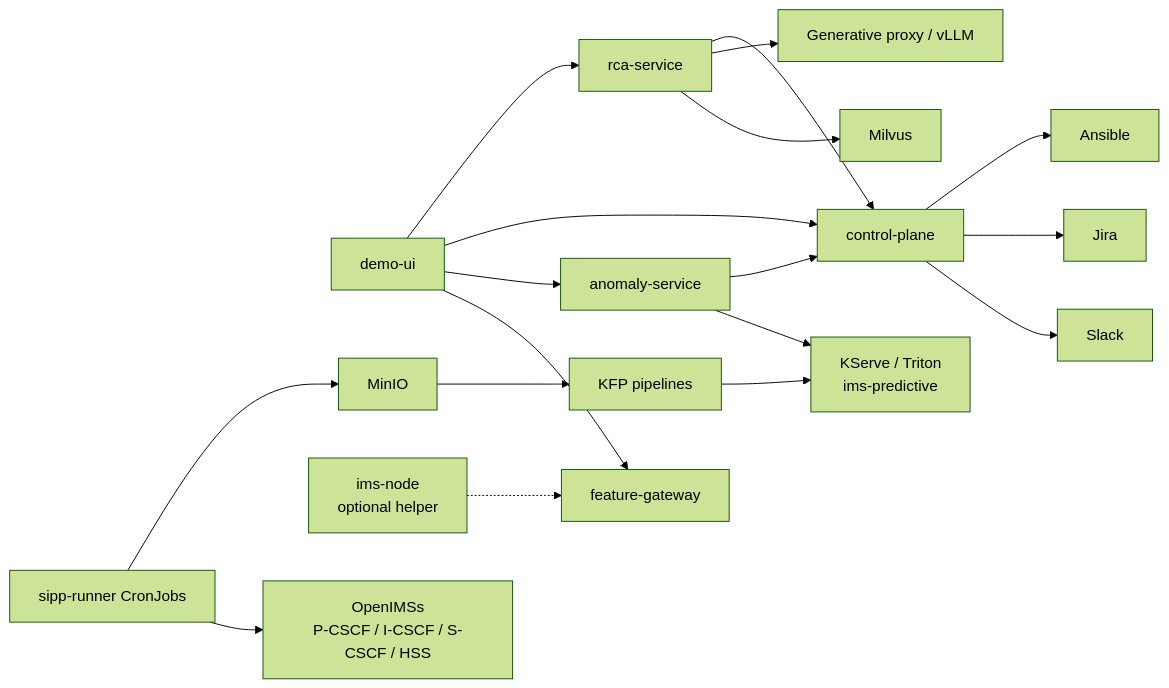
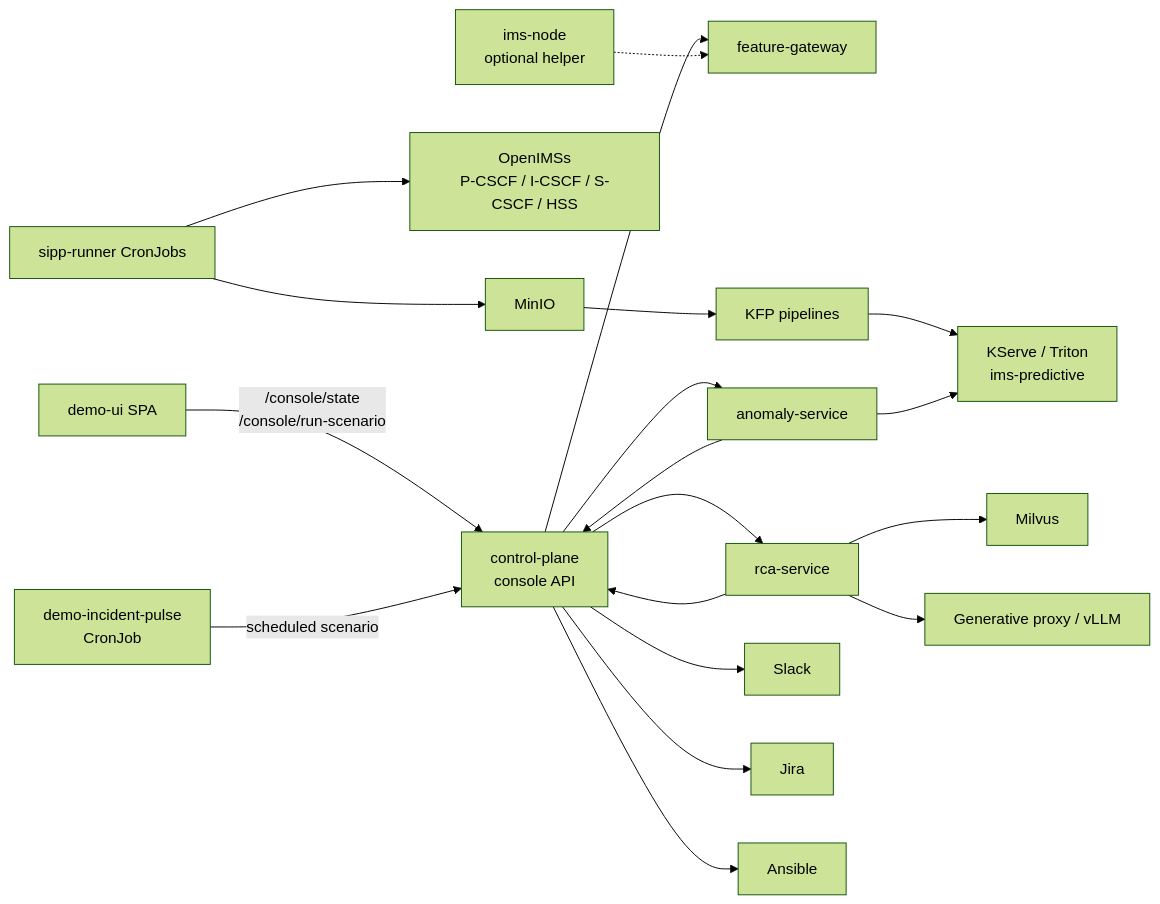
Before and after one commit to rh-telco-tigers/Autonomous-Network-Intelligence-Anomaly-Detection-with-Red-Hat-OpenShift-AI: the first of 4 diagrams in docs/architecture/engineering-spec.md, drawn with Mermaid (forest theme). The commit also changed other lines of this file and 7 other files, not shown here.

First line of the commit message:
Automate the live console demo cadence

````diff
--- a/docs/architecture/engineering-spec.md
+++ b/docs/architecture/engineering-spec.md
@@ -70,46 +70,47 @@
 ```mermaid
 flowchart LR
-  UI["demo-ui"]
-
+  UI["demo-ui SPA"]
+  Pulse["demo-incident-pulse<br/>CronJob"]
+  CP["control-plane<br/>console API"]
   FG["feature-gateway"]
   AN["anomaly-service"]
-  CP["control-plane"]
   RCA["rca-service"]
 
   SIPP["sipp-runner CronJobs"]
   IMS["OpenIMSs<br/>P-CSCF / I-CSCF / S-CSCF / HSS"]
   IMSNODE["ims-node<br/>optional helper"]
 
   MinIO["MinIO"]
   KFP["KFP pipelines"]
   KServe["KServe / Triton<br/>ims-predictive"]
 
   Milvus["Milvus"]
   LLM["Generative proxy / vLLM"]
 
   Slack["Slack"]
   Jira["Jira"]
   Ansible["Ansible"]
 
-  UI --> FG
-  UI --> AN
-  UI --> CP
-  UI --> RCA
+  UI -->|/console/state<br/>/console/run-scenario| CP
+  Pulse -->|scheduled scenario| CP
+  CP --> FG
+  CP --> AN
+  CP --> RCA
 
   SIPP --> IMS
   IMSNODE -.-> FG
 
   SIPP --> MinIO
   MinIO --> KFP
   KFP --> KServe
   AN --> KServe
 
   AN --> CP
   RCA --> Milvus
   RCA --> LLM
   RCA --> CP
 
   CP --> Slack
   CP --> Jira
   CP --> Ansible
 ```
````
